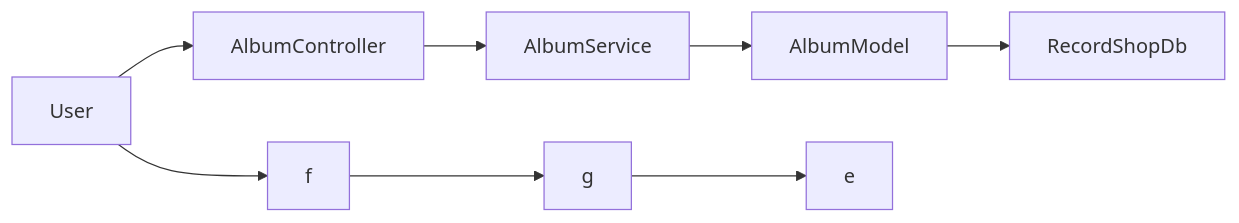
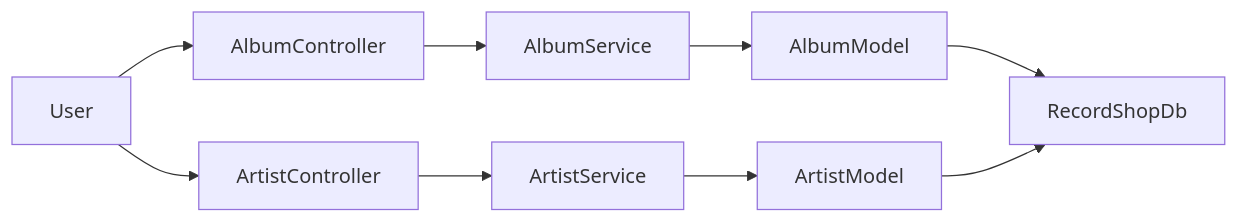
Before and after one commit to thecodingrunner/RecordApplication: the diagram in README.md, drawn with Mermaid.

````diff
--- a/README.md
+++ b/README.md
@@ -4,10 +4,11 @@
 ```mermaid
 flowchart LR
    User --> AlbumController;
    AlbumController --> AlbumService;
    AlbumService --> AlbumModel;
    AlbumModel --> RecordShopDb;
-   User --> f;
-   f --> g;
-   g --> e;
+   User --> ArtistController;
+   ArtistController --> ArtistService;
+   ArtistService --> ArtistModel;
+   ArtistModel --> RecordShopDb;
 ```
````
